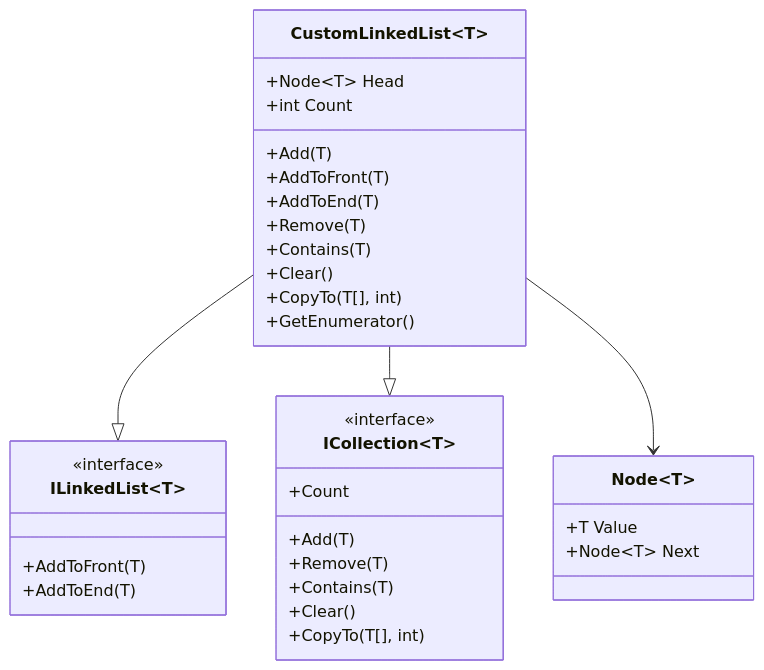
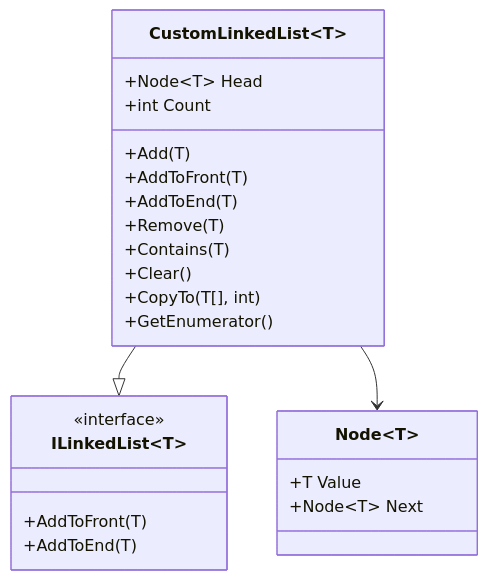
The diagram in 08_Collections/08_CustomLinkedList/README.md (sergoo-lgtm/Ultimate-CSharp-Masterclass), drawn with Mermaid before and after one commit. The commit also changed other lines of this file, not shown here.

````diff
--- a/08_Collections/08_CustomLinkedList/README.md
+++ b/08_Collections/08_CustomLinkedList/README.md
@@ -124,41 +84,30 @@
 ```mermaid
 classDiagram
 
 class Node~T~ {
     +T Value
     +Node~T~ Next
 }
 
 class ILinkedList~T~ {
     <<interface>>
     +AddToFront(T)
     +AddToEnd(T)
-}
-
-class ICollection~T~ {
-    <<interface>>
-    +Add(T)
-    +Remove(T)
-    +Contains(T)
-    +Clear()
-    +CopyTo(T[], int)
-    +Count
 }
 
 class CustomLinkedList~T~ {
     +Node~T~ Head
     +int Count
     +Add(T)
     +AddToFront(T)
     +AddToEnd(T)
     +Remove(T)
     +Contains(T)
     +Clear()
     +CopyTo(T[], int)
     +GetEnumerator()
 }
 
 CustomLinkedList --|> ILinkedList
-CustomLinkedList --|> ICollection
 CustomLinkedList --> Node
 ```
````
